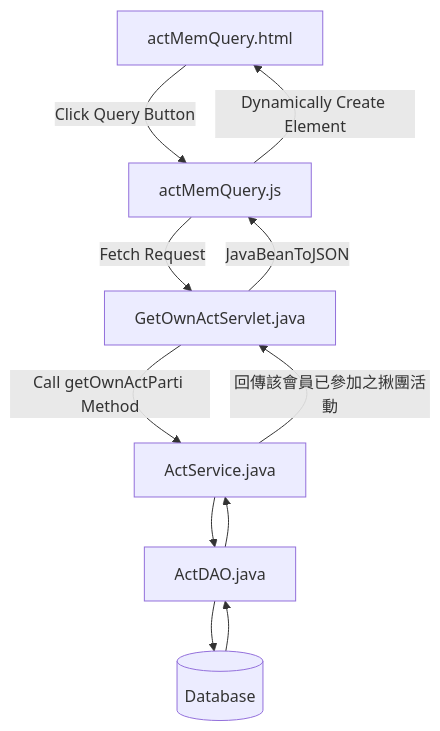
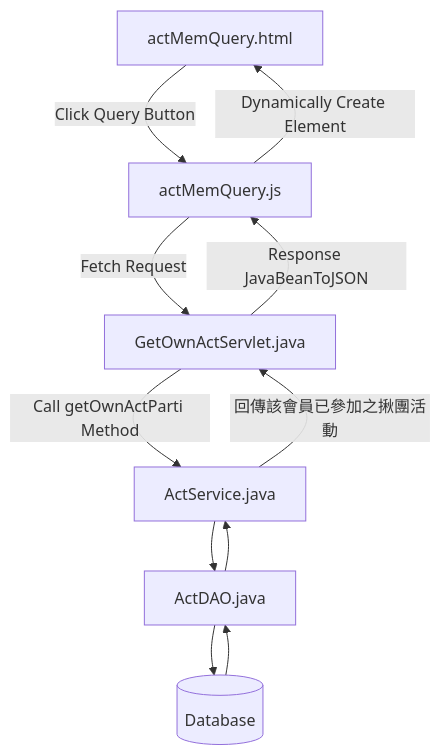
One commit to TLexYuW/CGA103G1OwnPart changed the third of 11 diagrams in README.md. Above: the diagram before and after it, drawn with Mermaid. The commit also changed other lines of this file, not shown here.

````diff
--- a/README.md
+++ b/README.md
@@ -93,7 +93,7 @@
 ```mermaid
 flowchart
 	aMQhtml[actMemQuery.html] -->|Click Query Button| aMQjs[actMemQuery.js] -->|Fetch Request| GOAS[GetOwnActServlet.java]
 	-->|Call getOwnActParti Method| AS[ActService.java] --> AD[ActDAO.java] --> DB[(Database)]
 	
-	DB --> AD --> AS -->|回傳該會員已參加之揪團活動| GOAS -->|JavaBeanToJSON| aMQjs -->|Dynamically Create Element| aMQhtml
+	DB --> AD --> AS -->|回傳該會員已參加之揪團活動| GOAS -->|Response JavaBeanToJSON| aMQjs -->|Dynamically Create Element| aMQhtml
 ```
````
